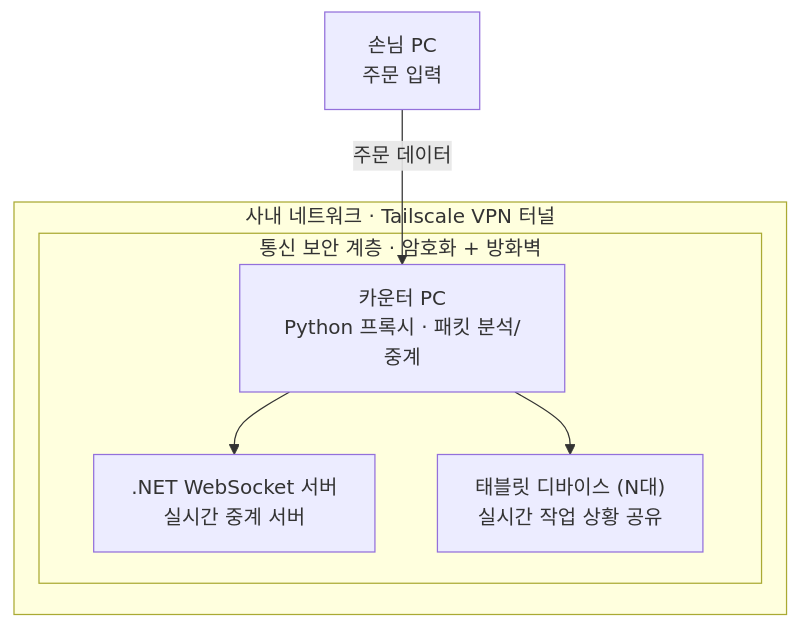
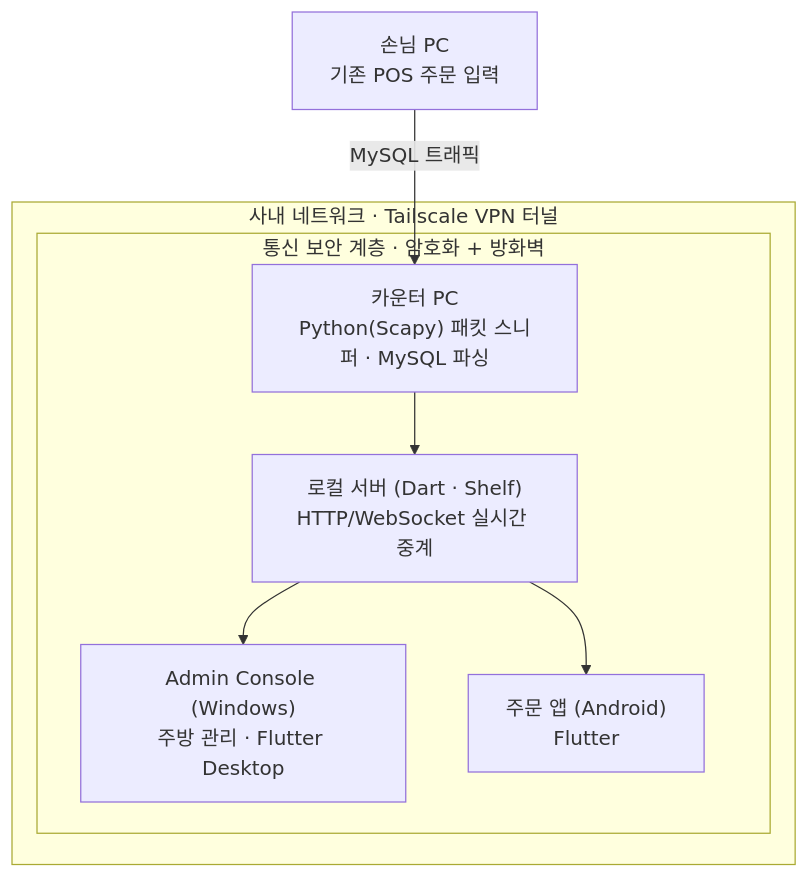
The diagram in docs/svc-02-store-network.md (JJH0204/JJH0204), drawn with Mermaid before and after one commit. The commit also changed other lines of this file and 5 other files, not shown here.

````diff
--- a/docs/svc-02-store-network.md
+++ b/docs/svc-02-store-network.md
@@ -15,14 +15,16 @@
 ```mermaid
 flowchart TB
-    C["손님 PC<br/>주문 입력"] -->|주문 데이터| CP
+    C["손님 PC<br/>기존 POS 주문 입력"] -->|MySQL 트래픽| CP
 
     subgraph VPN["사내 네트워크 · Tailscale VPN 터널"]
         subgraph SEC["통신 보안 계층 · 암호화 + 방화벽"]
-            CP["카운터 PC<br/>Python 프록시 · 패킷 분석/중계"]
-            WS[".NET WebSocket 서버<br/>실시간 중계 서버"]
-            TAB["태블릿 디바이스 (N대)<br/>실시간 작업 상황 공유"]
+            CP["카운터 PC<br/>Python(Scapy) 패킷 스니퍼 · MySQL 파싱"]
+            WS["로컬 서버 (Dart · Shelf)<br/>HTTP/WebSocket 실시간 중계"]
+            ADMIN["Admin Console (Windows)<br/>주방 관리 · Flutter Desktop"]
+            APP["주문 앱 (Android)<br/>Flutter"]
             CP --> WS
-            CP --> TAB
+            WS --> ADMIN
+            WS --> APP
         end
     end
 ```
````
